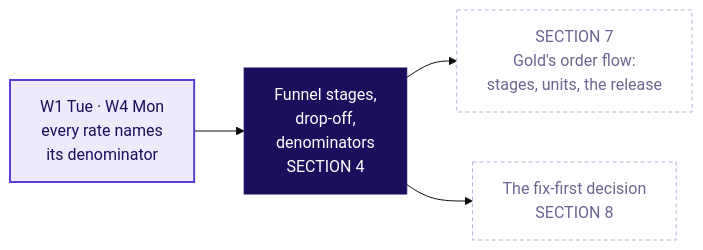
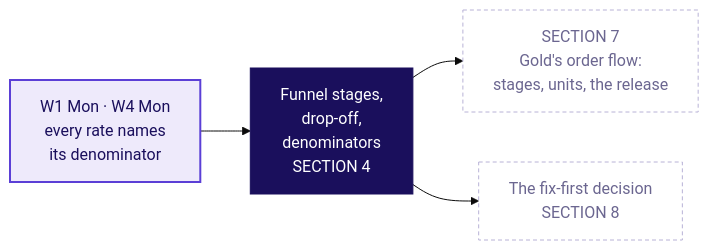
The eighth of 13 diagrams in content/W04/D4/slides/C2_W04_D04_half1_STUDENT.md (fde-academy-lab/c2-content-factory), drawn with Mermaid (base theme) before and after one commit. The commit also changed other lines of this file and 4 other files, not shown here.

````diff
--- a/content/W04/D4/slides/C2_W04_D04_half1_STUDENT.md
+++ b/content/W04/D4/slides/C2_W04_D04_half1_STUDENT.md
@@ -819,12 +834,12 @@
 ```mermaid
 flowchart LR
-    W1["W1 Tue · W4 Mon<br/>every rate names<br/>its denominator"] --> F["Funnel stages,<br/>drop-off,<br/>denominators<br/>SECTION 4"]
+    W1["W1 Mon · W4 Mon<br/>every rate names<br/>its denominator"] --> F["Funnel stages,<br/>drop-off,<br/>denominators<br/>SECTION 4"]
     F --> C7["SECTION 7<br/>Gold's order flow:<br/>stages, units, the release"]
     F --> C8["The fix-first decision<br/>SECTION 8"]
     classDef known fill:#EEEAFB,stroke:#5B3FD6,color:#1A0F5C,stroke-width:2px
     classDef lit fill:#1A0F5C,stroke:#1A0F5C,color:#FFFFFF
     classDef unknown fill:#FFFFFF,stroke:#B8B2D6,color:#6B6690,stroke-dasharray:4 3
     class W1 known
     class F lit
     class C7,C8 unknown
 ```
````
